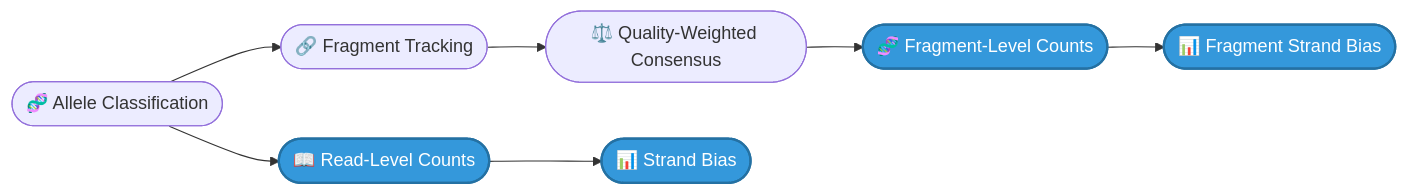
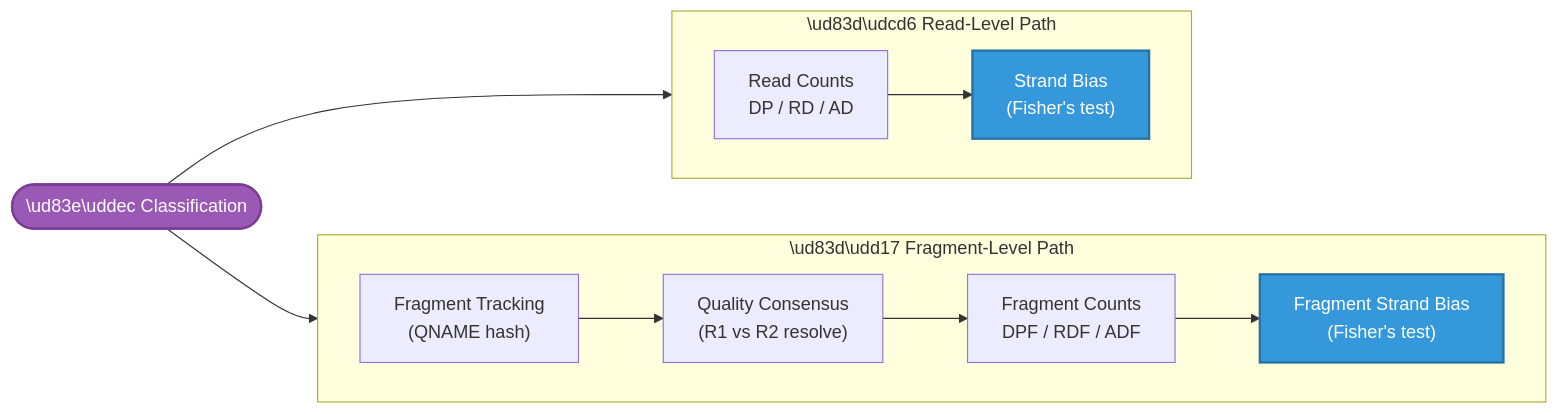
One commit to msk-access/gbcms changed the first of 5 diagrams in docs/reference/counting-metrics.md. Above: the diagram before and after it, drawn with Mermaid. The commit also changed other lines of this file and 2 other files, not shown here.

First line of the commit message:
docs: batch 1+2 mermaid diagram improvements

````diff
--- a/docs/reference/counting-metrics.md
+++ b/docs/reference/counting-metrics.md
@@ -15,12 +15,21 @@
 ```mermaid
 flowchart LR
-    Class([🧬 Allele Classification]) --> ReadCount([📖 Read-Level Counts])
-    Class --> FragTrack([🔗 Fragment Tracking])
-    FragTrack --> Consensus([⚖️ Quality-Weighted Consensus])
-    Consensus --> FragCount([🧬 Fragment-Level Counts])
-    ReadCount --> SB([📊 Strand Bias])
-    FragCount --> FSB([📊 Fragment Strand Bias])
+    Class(["\ud83e\uddec Classification"]):::start
 
+    subgraph ReadLevel ["\ud83d\udcd6 Read-Level Path"]
+        direction LR
+        RL1["Read Counts\nDP / RD / AD"] --> SB["Strand Bias\n(Fisher's test)"]
+    end
+
+    subgraph FragLevel ["\ud83d\udd17 Fragment-Level Path"]
+        direction LR
+        FL1["Fragment Tracking\n(QNAME hash)"] --> FL2["Quality Consensus\n(R1 vs R2 resolve)"] --> FL3["Fragment Counts\nDPF / RDF / ADF"] --> FSB["Fragment Strand Bias\n(Fisher's test)"]
+    end
+
+    Class --> ReadLevel
+    Class --> FragLevel
+
+    classDef start fill:#9b59b6,color:#fff,stroke:#7d3c98,stroke-width:2px;
     classDef metrics fill:#3498db,color:#fff,stroke:#2471a3,stroke-width:2px;
-    class ReadCount,FragCount,SB,FSB metrics;
+    class SB,FSB metrics;
 ```
````
